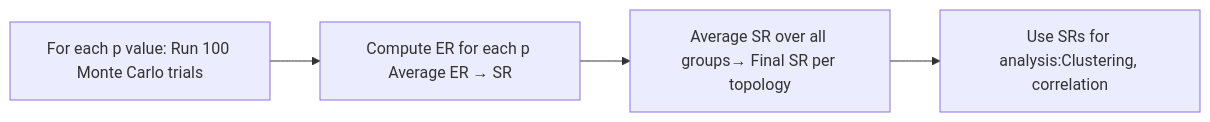
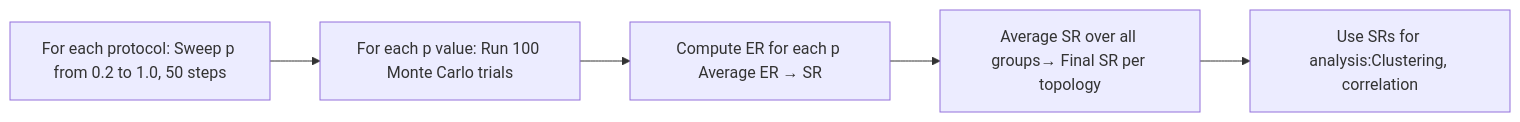
The third of 4 diagrams in code_understanding/graph_manager.md (aoa1213/process-update), drawn with Mermaid before and after one commit.

````diff
--- a/code_understanding/graph_manager.md
+++ b/code_understanding/graph_manager.md
@@ -38,9 +38,10 @@
 ```mermaid 
 flowchart LR
+    D[For each protocol: Sweep p from 0.2 to 1.0, 50 steps]
     E[For each p value: Run 100 Monte Carlo trials]
     F[Compute ER for each p Average ER → SR]
     G[Average SR over all groups→ Final SR per topology]
     H[Use SRs for analysis:Clustering, correlation]
 
-    E --> F --> G --> H
+    D --> E --> F --> G --> H
 ```
````
